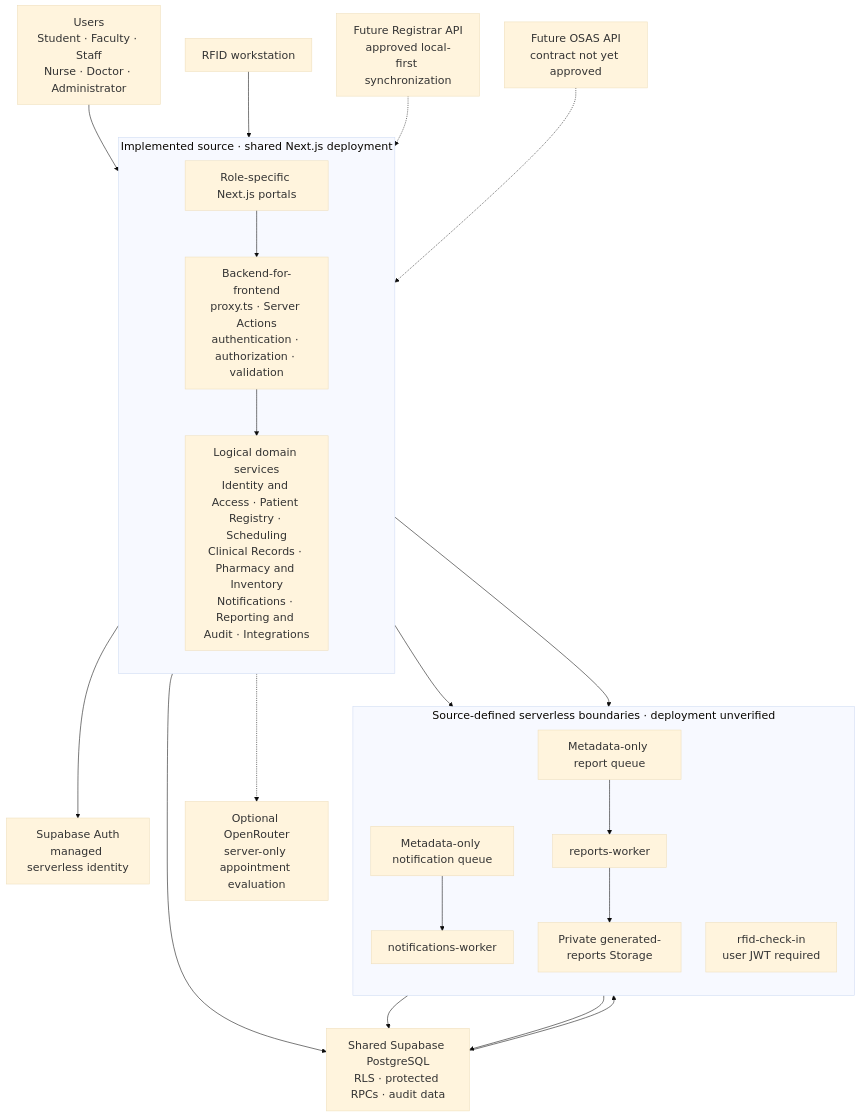
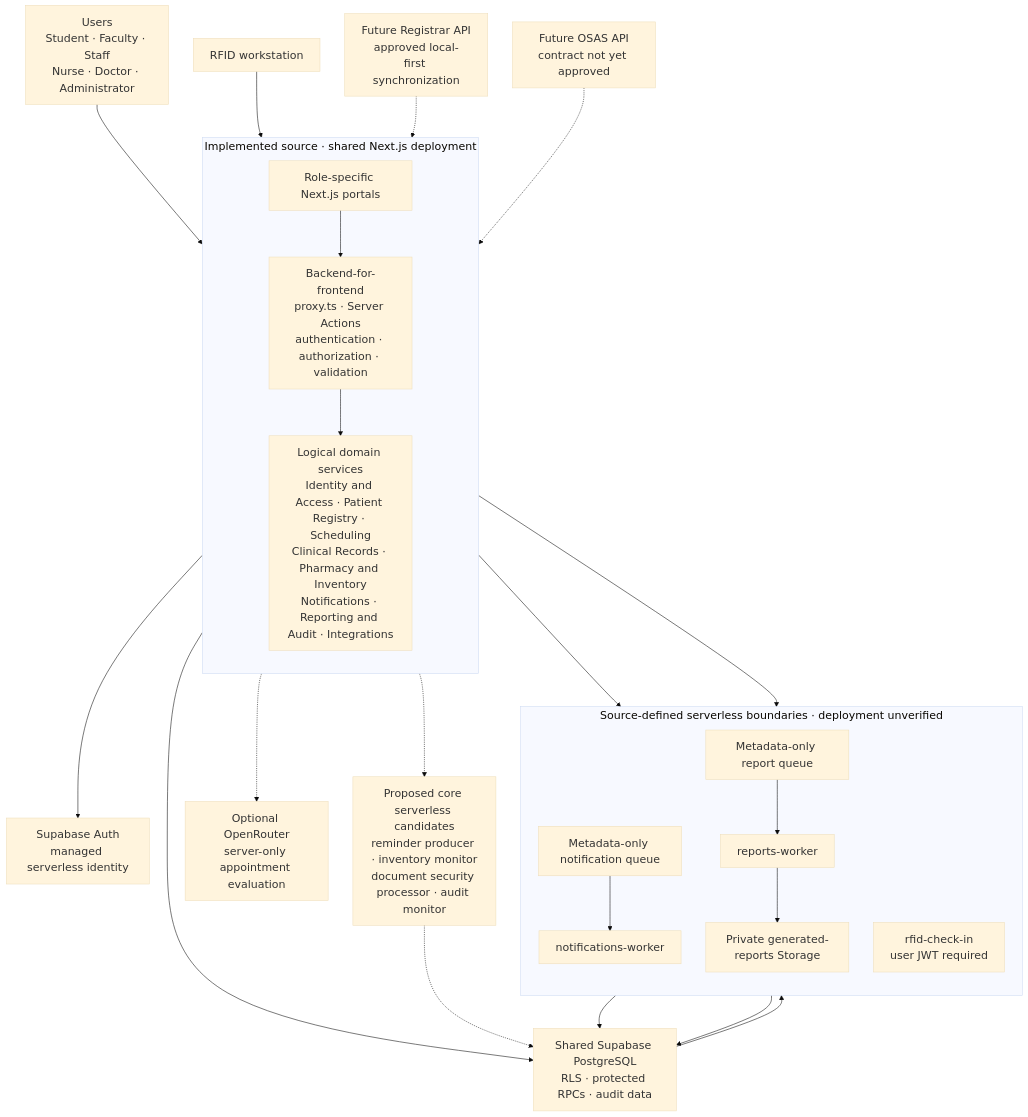
One commit to Tokise/Zentraq-backend changed the diagram in docs/SERVERLESS_MICROSERVICES_MIGRATION.md. Above: the diagram before and after it, drawn with Mermaid. The commit also changed other lines of this file and 1 other file, not shown here.

````diff
--- a/docs/SERVERLESS_MICROSERVICES_MIGRATION.md
+++ b/docs/SERVERLESS_MICROSERVICES_MIGRATION.md
@@ -59,54 +59,57 @@
 ```mermaid
 ---
 config:
   theme: base
   themeVariables:
     fontSize: "20px"
   flowchart:
     nodeSpacing: 45
     rankSpacing: 60
 ---
 flowchart TB
     Users["Users<br/>Student · Faculty · Staff<br/>Nurse · Doctor · Administrator"]
     Scanner["RFID workstation"]
 
     subgraph Application["Implemented source · shared Next.js deployment"]
         direction TB
         Portals["Role-specific Next.js portals"]
         Boundary["Backend-for-frontend<br/>proxy.ts · Server Actions<br/>authentication · authorization · validation"]
         Domains["Logical domain services<br/>Identity and Access · Patient Registry · Scheduling<br/>Clinical Records · Pharmacy and Inventory<br/>Notifications · Reporting and Audit · Integrations"]
         Portals --> Boundary --> Domains
     end
 
     Auth["Supabase Auth<br/>managed serverless identity"]
     Database["Shared Supabase PostgreSQL<br/>RLS · protected RPCs · audit data"]
 
     subgraph Focused["Source-defined serverless boundaries · deployment unverified"]
         direction TB
         NotificationQueue["Metadata-only notification queue"]
         NotificationWorker["notifications-worker"]
         ReportQueue["Metadata-only report queue"]
         ReportWorker["reports-worker"]
         ReportStorage["Private generated-reports Storage"]
         RfidWorker["rfid-check-in<br/>user JWT required"]
 
         NotificationQueue --> NotificationWorker
         ReportQueue --> ReportWorker --> ReportStorage
     end
 
     OpenRouter["Optional OpenRouter<br/>server-only appointment evaluation"]
+    Candidates["Proposed core serverless candidates<br/>reminder producer · inventory monitor<br/>document security processor · audit monitor"]
     Registrar["Future Registrar API<br/>approved local-first synchronization"]
     OSAS["Future OSAS API<br/>contract not yet approved"]
 
     Users --> Portals
     Scanner --> Boundary
     Boundary --> Auth
     Domains --> Database
     Database --> NotificationQueue
     NotificationWorker --> Database
     Domains --> ReportQueue
     Boundary --> RfidWorker --> Database
     Domains -.-> OpenRouter
+    Domains -.-> Candidates
+    Candidates -.-> Database
     Registrar -.-> Domains
     OSAS -.-> Domains
 ```
````
